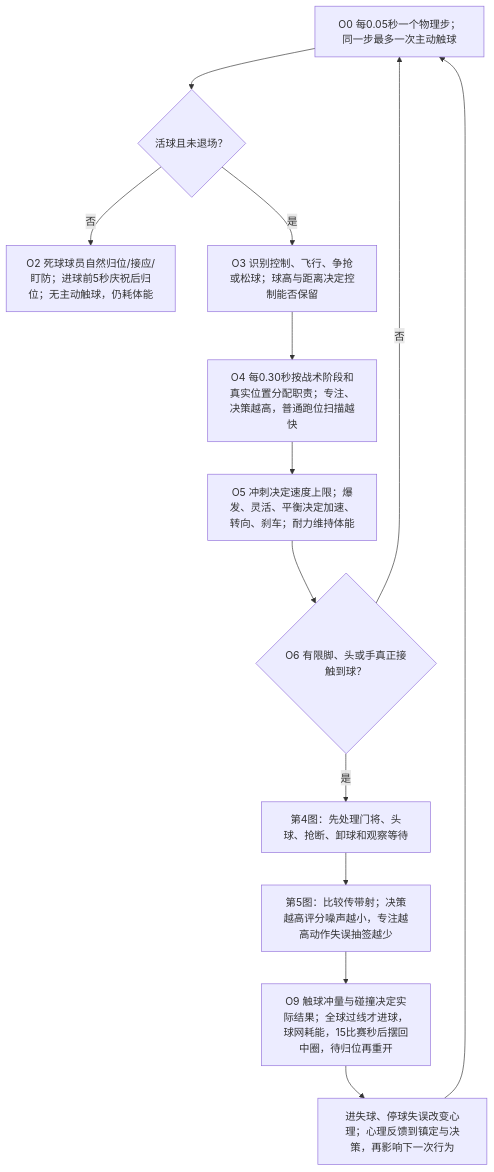
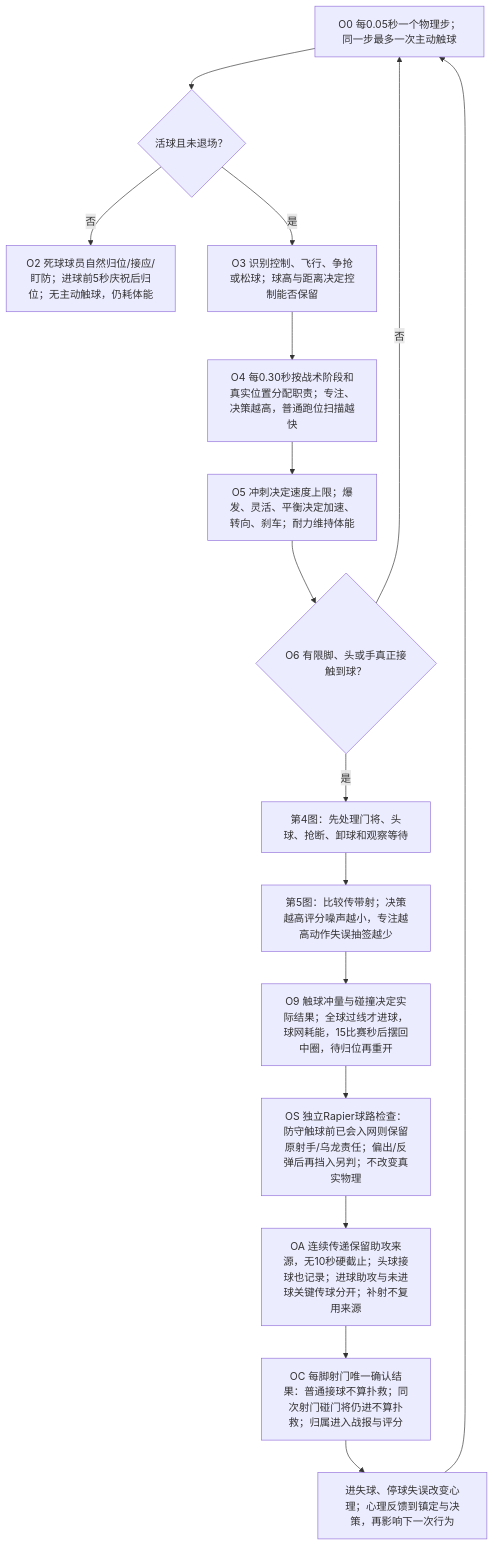
Before and after one commit to sixu3575/touchline-manager: the first of 7 diagrams in packages/shared/modules/matches/design/PLAYER_DECISION_MAP.md, drawn with Mermaid. The commit also changed other lines of this file and 29 other files, not shown here.

````diff
--- a/packages/shared/modules/matches/design/PLAYER_DECISION_MAP.md
+++ b/packages/shared/modules/matches/design/PLAYER_DECISION_MAP.md
@@ -25,15 +25,18 @@
 ```mermaid
 flowchart TD
   O0["O0 每0.05秒一个物理步；同一步最多一次主动触球"] --> O1{"活球且未退场？"}
   O1 -->|否| O2["O2 死球球员自然归位/接应/盯防；进球前5秒庆祝后归位；无主动触球，仍耗体能"]
   O1 -->|是| O3["O3 识别控制、飞行、争抢或松球；球高与距离决定控制能否保留"]
   O3 --> O4["O4 每0.30秒按战术阶段和真实位置分配职责；专注、决策越高，普通跑位扫描越快"]
   O4 --> O5["O5 冲刺决定速度上限；爆发、灵活、平衡决定加速、转向、刹车；耐力维持体能"]
   O5 --> O6{"O6 有限脚、头或手真正接触到球？"}
   O6 -->|否| O0
   O6 -->|是| O7["第4图：先处理门将、头球、抢断、卸球和观察等待"]
   O7 --> O8["第5图：比较传带射；决策越高评分噪声越小，专注越高动作失误抽签越少"]
   O8 --> O9["O9 触球冲量与碰撞决定实际结果；全球过线才进球，球网耗能，15比赛秒后摆回中圈，待归位再重开"]
-  O9 --> O10["进失球、停球失误改变心理；心理反馈到镇定与决策，再影响下一次行为"]
+  O9 --> OS["OS 独立Rapier球路检查：防守触球前已会入网则保留原射手/乌龙责任；偏出/反弹后再挡入另判；不改变真实物理"]
+  OS --> OA["OA 连续传递保留助攻来源，无10秒硬截止；头球接球也记录；进球助攻与未进球关键传球分开；补射不复用来源"]
+  OA --> OC["OC 每脚射门唯一确认结果：普通接球不算扑救；同次射门碰门将仍进不算扑救；归属进入战报与评分"]
+  OC --> O10["进失球、停球失误改变心理；心理反馈到镇定与决策，再影响下一次行为"]
   O10 --> O0
 ```
````
